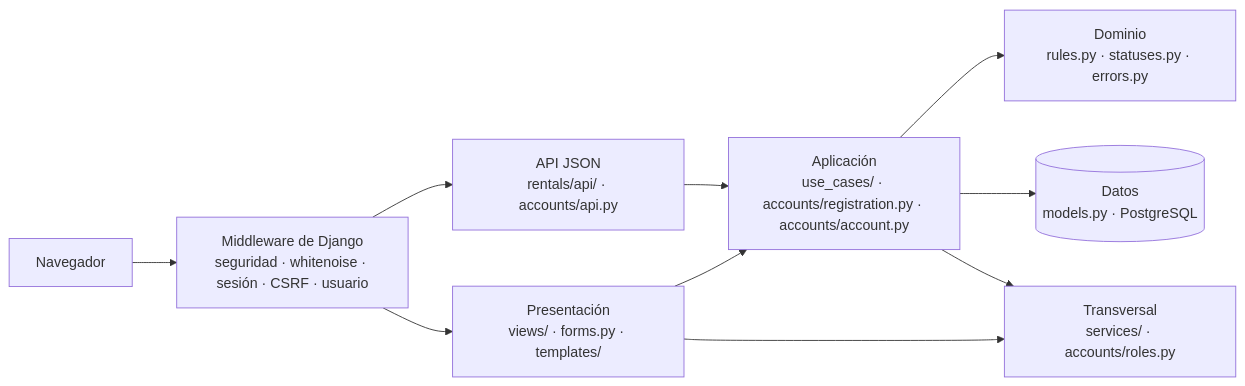
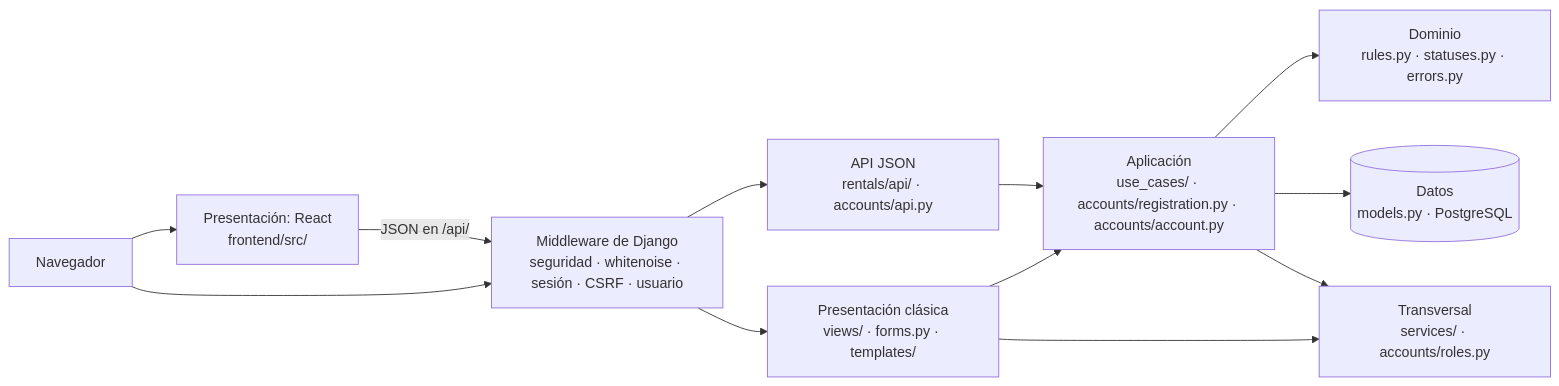
Before and after one commit to peterteranb/astra-rent-system: the second of 4 diagrams in docs/arquitectura.md, drawn with Mermaid. The commit also changed other lines of this file and 3 other files, not shown here.

````diff
--- a/docs/arquitectura.md
+++ b/docs/arquitectura.md
@@ -112,12 +114,14 @@
 ```mermaid
 flowchart LR
-    N[Navegador] --> M["Middleware de Django<br/>seguridad · whitenoise · sesión · CSRF · usuario"]
-    M --> P["Presentación<br/>views/ · forms.py · templates/"]
+    N[Navegador] --> R["Presentación: React<br/>frontend/src/"]
+    R -->|"JSON en /api/"| M
+    N --> M["Middleware de Django<br/>seguridad · whitenoise · sesión · CSRF · usuario"]
+    M --> P["Presentación clásica<br/>views/ · forms.py · templates/"]
     M --> J["API JSON<br/>rentals/api/ · accounts/api.py"]
     J --> A
     P --> A["Aplicación<br/>use_cases/ · accounts/registration.py · accounts/account.py"]
     A --> D["Dominio<br/>rules.py · statuses.py · errors.py"]
     A --> BD[("Datos<br/>models.py · PostgreSQL")]
     A --> T["Transversal<br/>services/ · accounts/roles.py"]
     P --> T
 ```
````
